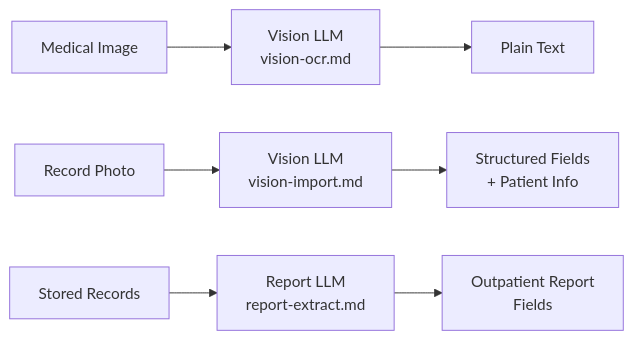
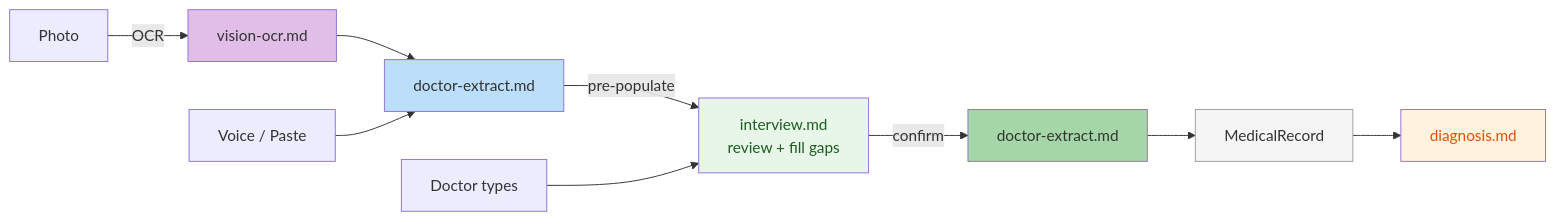
The third of 4 diagrams in src/agent/prompts/README.md (moments8890/doctor-ai-agent), drawn with Mermaid before and after one commit. The commit also changed other lines of this file and 66 other files, not shown here.

````diff
--- a/src/agent/prompts/README.md
+++ b/src/agent/prompts/README.md
@@ -71,11 +86,18 @@
 ```mermaid
 flowchart LR
-    IMG["Medical Image"] --> OCR["Vision LLM<br/>vision-ocr.md"]
-    OCR --> TXT["Plain Text"]
+  IMG["Photo"] -->|OCR| OCR["vision-ocr.md"]
+  OCR --> EXT2["doctor-extract.md"]
+  DIC["Voice / Paste"] --> EXT2
+  EXT2 -->|pre-populate| INT
+  TXT["Doctor types"] --> INT["interview.md<br/>review + fill gaps"]
+  INT -->|confirm| EXT["doctor-extract.md"]
+  EXT --> REC["MedicalRecord"]
+  REC --> DX["diagnosis.md"]
 
-    IMG2["Record Photo"] --> VI["Vision LLM<br/>vision-import.md"]
-    VI --> SF["Structured Fields<br/>+ Patient Info"]
-
-    REC["Stored Records"] --> RE["Report LLM<br/>report-extract.md"]
-    RE --> RPT["Outpatient Report<br/>Fields"]
+  style OCR fill:#e1bee7
+  style EXT2 fill:#bbdefb
+  style INT fill:#e8f5e9,color:#1b5e20
+  style EXT fill:#a5d6a7
+  style DX fill:#fff3e0,color:#e65100
+  style REC fill:#f5f5f5,stroke:#9e9e9e
 ```
````
